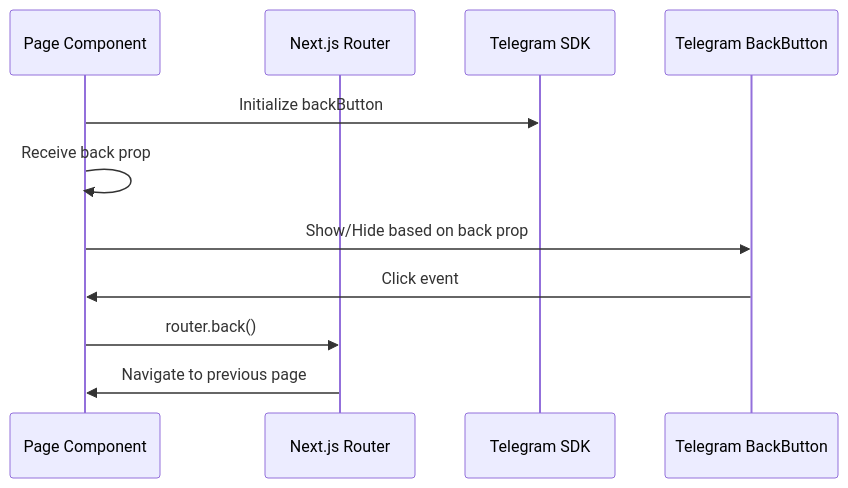
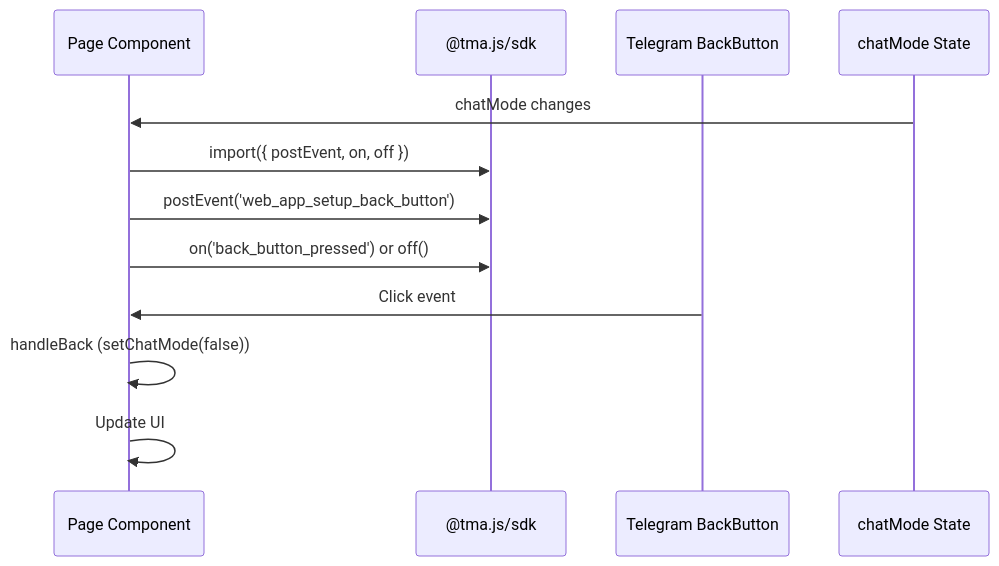
One commit to Miaterio/Passion-bot-2 changed the second of 4 diagrams in .qoder/repowiki/en/content/API Reference/UI Components/Page Component.md. Above: the diagram before and after it, drawn with Mermaid. The commit also changed other lines of this file and 6 other files, not shown here.

````diff
--- a/.qoder/repowiki/en/content/API Reference/UI Components/Page Component.md
+++ b/.qoder/repowiki/en/content/API Reference/UI Components/Page Component.md
@@ -53,13 +63,14 @@
 ```mermaid
 sequenceDiagram
 participant Page as Page Component
-participant Router as Next.js Router
-participant SDK as Telegram SDK
+participant SDK as @tma.js/sdk
 participant Button as Telegram BackButton
-Page->>SDK : Initialize backButton
-Page->>Page : Receive back prop
-Page->>Button : Show/Hide based on back prop
+participant State as chatMode State
+State->>Page : chatMode changes
+Page->>SDK : import({ postEvent, on, off })
+Page->>SDK : postEvent('web_app_setup_back_button')
+Page->>SDK : on('back_button_pressed') or off()
 Button->>Page : Click event
-Page->>Router : router.back()
-Router->>Page : Navigate to previous page
+Page->>Page : handleBack (setChatMode(false))
+Page->>Page : Update UI
 ```
````
